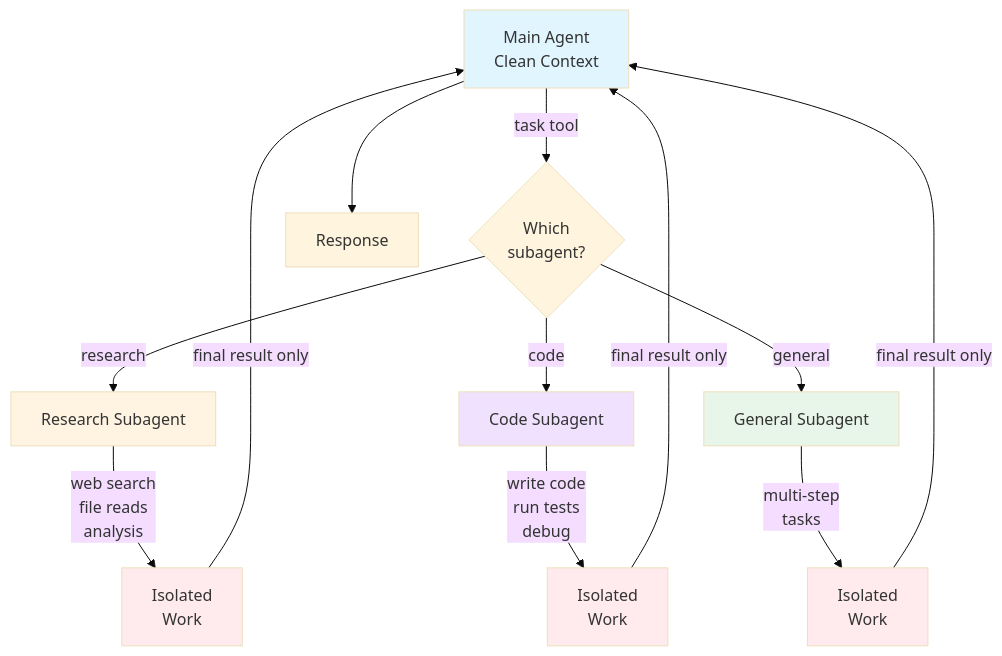
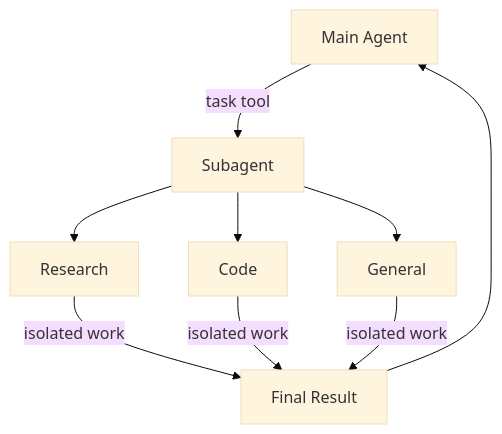
The diagram in src/oss/deepagents/subagents.mdx (langchain-ai/docs), drawn with Mermaid (base theme) before and after one commit. The commit also changed 6 other files, not shown here.

````diff
--- a/src/oss/deepagents/subagents.mdx
+++ b/src/oss/deepagents/subagents.mdx
@@ -8,26 +8,14 @@
 ```mermaid
 graph TB
-    Main[Main Agent<br/>Clean Context] --> |task tool| Decision{Which<br/>subagent?}
+    Main[Main Agent] --> |task tool| Sub[Subagent]
 
-    Decision --> |"research"| Research[Research Subagent]
-    Decision --> |"code"| Code[Code Subagent]
-    Decision --> |"general"| General[General Subagent]
+    Sub --> Research[Research]
+    Sub --> Code[Code]
+    Sub --> General[General]
 
-    Research --> |web search<br/>file reads<br/>analysis| RWork[Isolated<br/>Work]
-    Code --> |write code<br/>run tests<br/>debug| CWork[Isolated<br/>Work]
-    General --> |multi-step<br/>tasks| GWork[Isolated<br/>Work]
+    Research --> |isolated work| Result[Final Result]
+    Code --> |isolated work| Result
+    General --> |isolated work| Result
 
-    RWork --> |final result only| Main
-    CWork --> |final result only| Main
-    GWork --> |final result only| Main
-
-    Main --> Output[Response]
-
-    style Main fill:#e1f5ff
-    style Research fill:#fff4e1
-    style Code fill:#f0e1ff
-    style General fill:#e8f5e9
-    style RWork fill:#ffebee
-    style CWork fill:#ffebee
-    style GWork fill:#ffebee
+    Result --> Main
 ```
````
